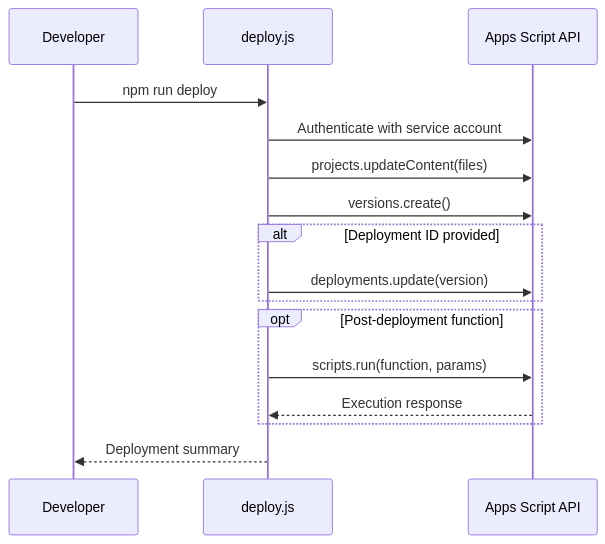
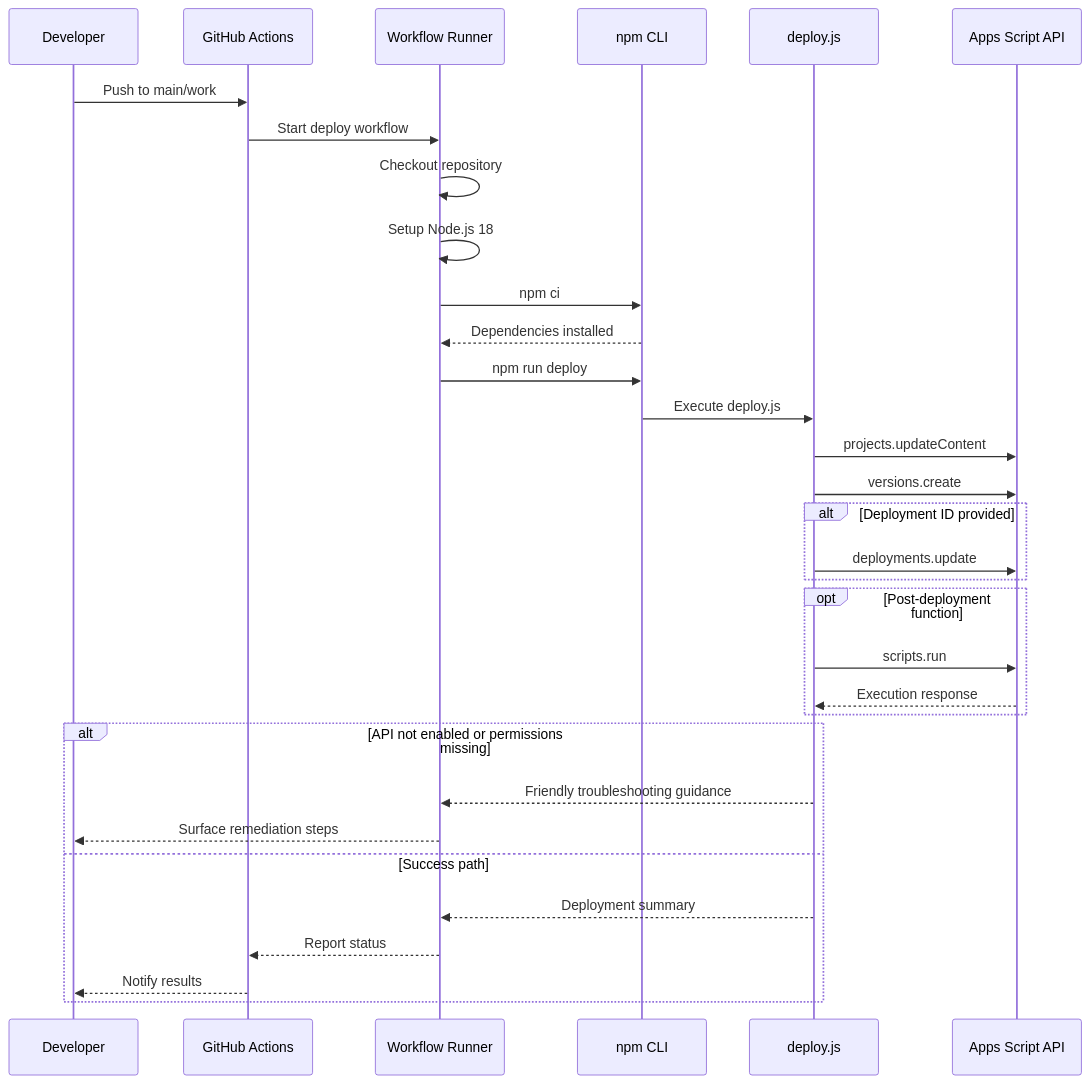
One commit to muyueh/GAS changed the third of 5 diagrams in README.md. Above: the diagram before and after it, drawn with Mermaid. The commit also changed other lines of this file and 2 other files, not shown here.

Commit message:
Improve Apps Script deploy diagnostics

````diff
--- a/README.md
+++ b/README.md
@@ -23,18 +40,35 @@
 ```mermaid
 sequenceDiagram
     participant Dev as Developer
-    participant CLI as deploy.js
+    participant GH as GitHub Actions
+    participant Runner as Workflow Runner
+    participant NPM as npm CLI
+    participant Deploy as deploy.js
     participant GAS as Apps Script API
-    Dev->>CLI: npm run deploy
-    CLI->>GAS: Authenticate with service account
-    CLI->>GAS: projects.updateContent(files)
-    CLI->>GAS: versions.create()
+
+    Dev->>GH: Push to main/work
+    GH->>Runner: Start deploy workflow
+    Runner->>Runner: Checkout repository
+    Runner->>Runner: Setup Node.js 18
+    Runner->>NPM: npm ci
+    NPM-->>Runner: Dependencies installed
+    Runner->>NPM: npm run deploy
+    NPM->>Deploy: Execute deploy.js
+    Deploy->>GAS: projects.updateContent
+    Deploy->>GAS: versions.create
     alt Deployment ID provided
-        CLI->>GAS: deployments.update(version)
+        Deploy->>GAS: deployments.update
     end
     opt Post-deployment function
-        CLI->>GAS: scripts.run(function, params)
-        GAS-->>CLI: Execution response
+        Deploy->>GAS: scripts.run
+        GAS-->>Deploy: Execution response
     end
-    CLI-->>Dev: Deployment summary
+    alt API not enabled or permissions missing
+        Deploy-->>Runner: Friendly troubleshooting guidance
+        Runner-->>Dev: Surface remediation steps
+    else Success path
+    Deploy-->>Runner: Deployment summary
+    Runner-->>GH: Report status
+    GH-->>Dev: Notify results
+    end
 ```
````
